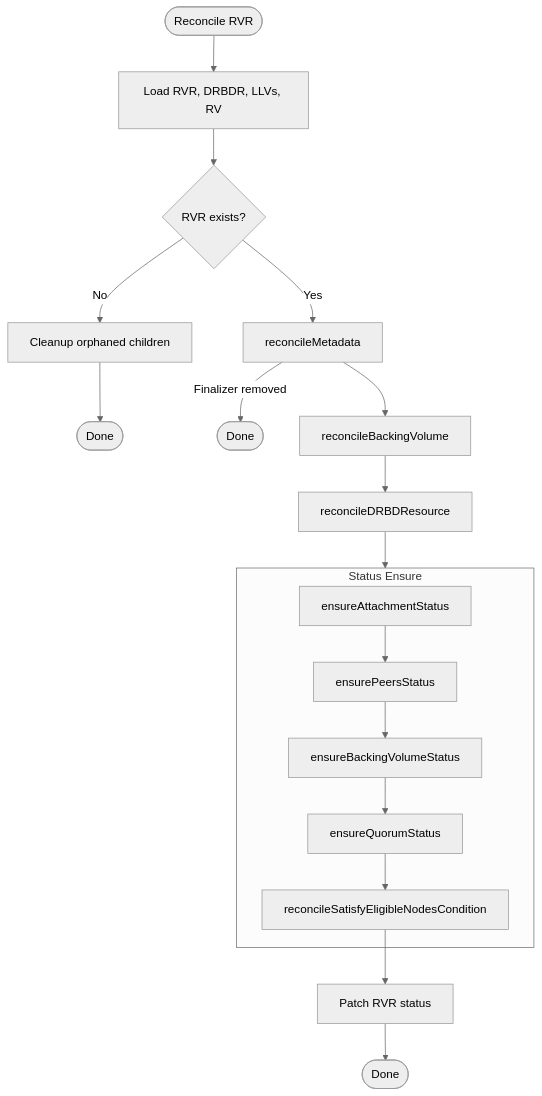
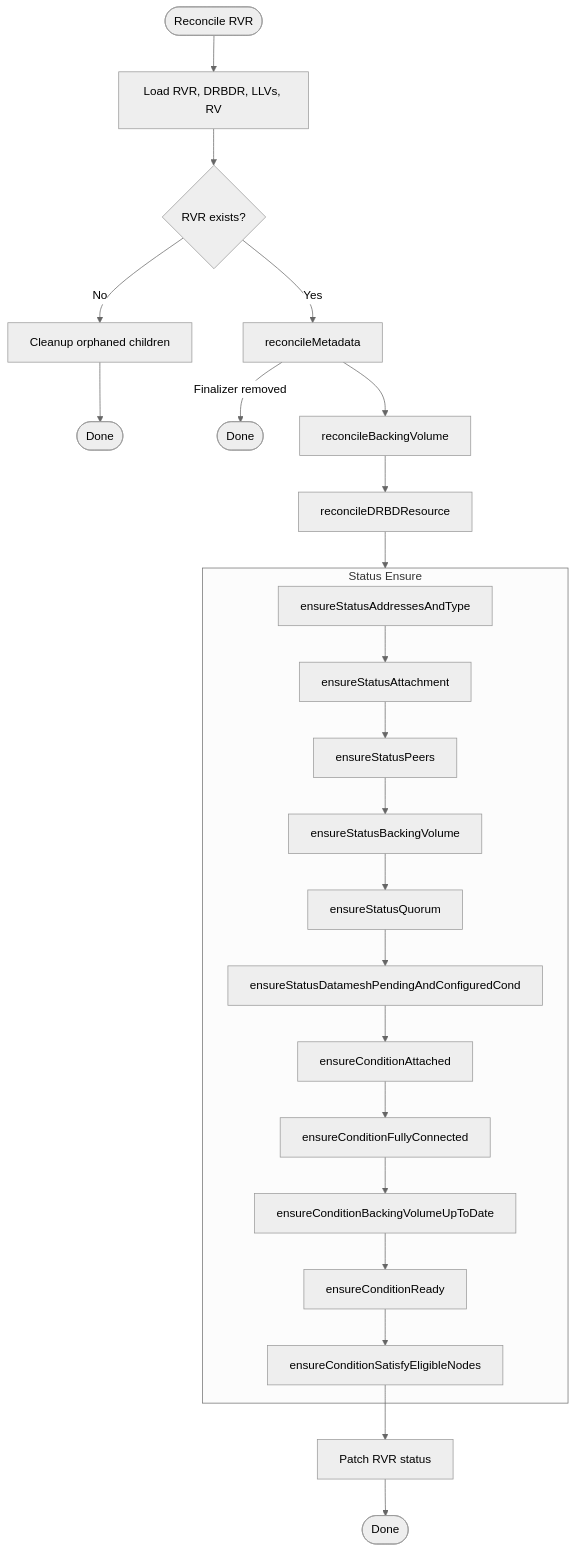
Before and after one commit to deckhouse/sds-replicated-volume: the first of 15 diagrams in images/controller/internal/controllers/rvr_controller/README.md, drawn with Mermaid (neutral theme). The commit also changed other lines of this file and 20 other files, not shown here.

First line of the commit message:
[controller,csi-driver] Refine RVR status model and condition semantics

````diff
--- a/images/controller/internal/controllers/rvr_controller/README.md
+++ b/images/controller/internal/controllers/rvr_controller/README.md
@@ -116,26 +123,32 @@
 ```mermaid
 flowchart TD
     Start([Reconcile RVR]) --> Load[Load RVR, DRBDR, LLVs, RV]
     Load --> CheckExists{RVR exists?}
 
     CheckExists -->|No| Cleanup[Cleanup orphaned children]
     Cleanup --> Done1([Done])
 
     CheckExists -->|Yes| Meta[reconcileMetadata]
     Meta -->|Finalizer removed| Done2([Done])
     Meta --> BV[reconcileBackingVolume]
     BV --> DRBDR[reconcileDRBDResource]
 
     DRBDR --> StatusBlock
 
     subgraph StatusBlock [Status Ensure]
-        Attach[ensureAttachmentStatus]
-        Attach --> Peers[ensurePeersStatus]
-        Peers --> BVStatus[ensureBackingVolumeStatus]
-        BVStatus --> Quorum[ensureQuorumStatus]
-        Quorum --> SEN[reconcileSatisfyEligibleNodesCondition]
+        AddrType[ensureStatusAddressesAndType]
+        AddrType --> StatusAttach[ensureStatusAttachment]
+        StatusAttach --> Peers[ensureStatusPeers]
+        Peers --> BVStatus[ensureStatusBackingVolume]
+        BVStatus --> StatusQuorum[ensureStatusQuorum]
+        StatusQuorum --> DmPendingAndCond[ensureStatusDatameshPendingAndConfiguredCond]
+        DmPendingAndCond --> CondAttach[ensureConditionAttached]
+        CondAttach --> PeersCond[ensureConditionFullyConnected]
+        PeersCond --> BVInSync[ensureConditionBackingVolumeUpToDate]
+        BVInSync --> CondReady[ensureConditionReady]
+        CondReady --> SEN[ensureConditionSatisfyEligibleNodes]
     end
 
     SEN --> Patch[Patch RVR status]
     Patch --> EndNode([Done])
 ```
````
